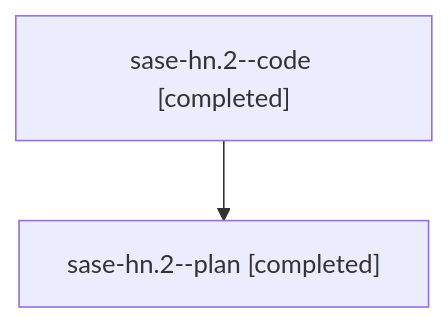
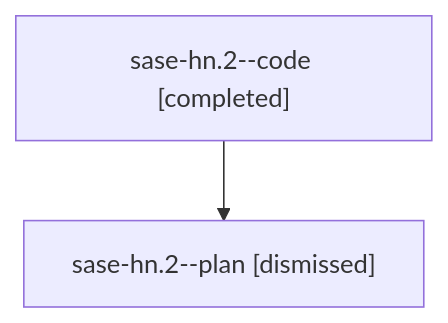
The diagram in families/bbugyi200.athena.sase-hn.2.md (sase-org/sase--agents), drawn with Mermaid before and after one commit. The commit also changed other lines of this file and 2170 other files, not shown here.

````diff
--- a/families/bbugyi200.athena.sase-hn.2.md
+++ b/families/bbugyi200.athena.sase-hn.2.md
@@ -9,6 +9,6 @@
 ```mermaid
 flowchart TD
   n0["sase-hn.2--code [completed]"]
-  n1["sase-hn.2--plan [completed]"]
+  n1["sase-hn.2--plan [dismissed]"]
   n0 --> n1
 ```
````
